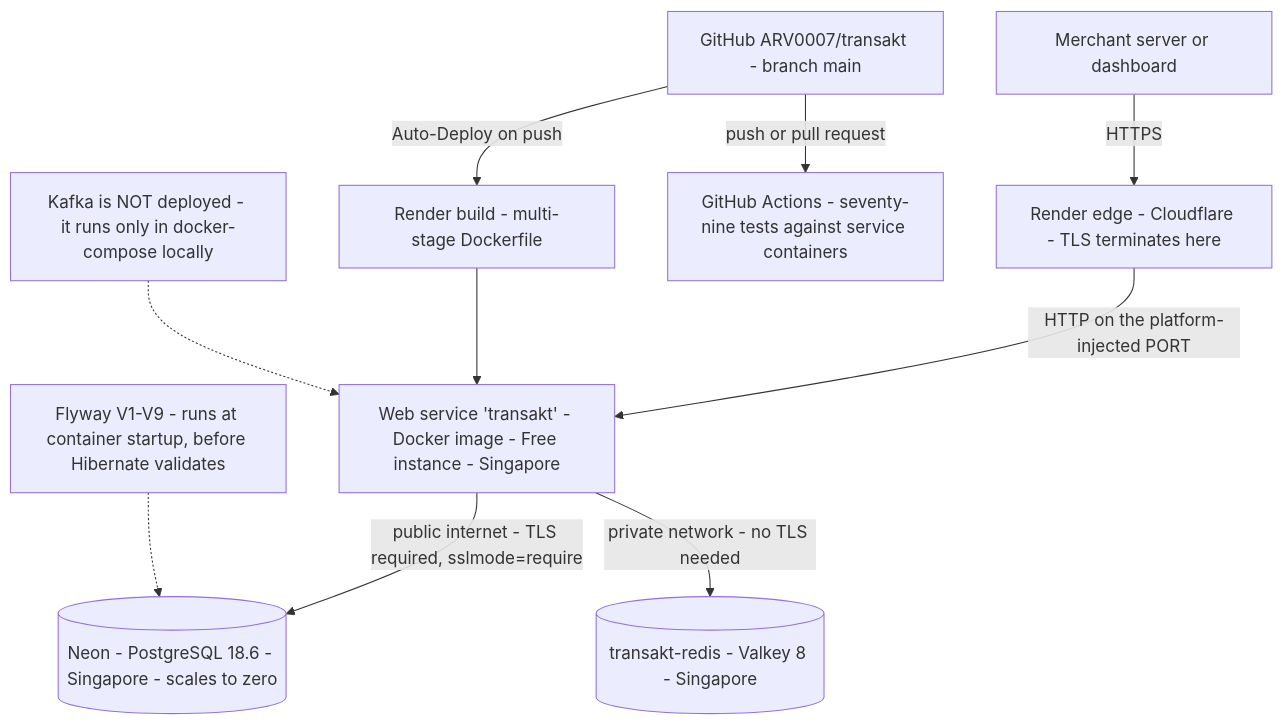
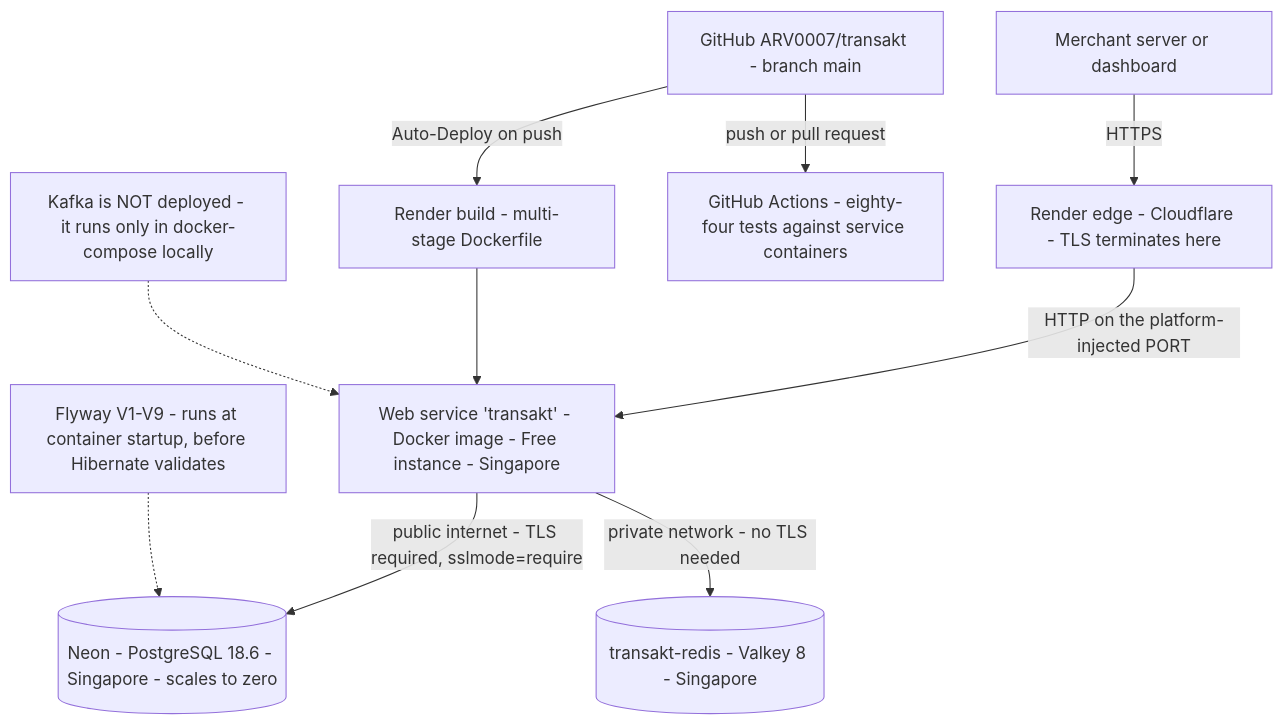
The first of 5 diagrams in docs/architecture.md (ARV0007/transakt), drawn with Mermaid before and after one commit. The commit also changed other lines of this file and 8 other files, not shown here.

````diff
--- a/docs/architecture.md
+++ b/docs/architecture.md
@@ -9,13 +9,13 @@
 ```mermaid
 flowchart TD
   client[Merchant server or dashboard]
   client -->|HTTPS| edge[Render edge - Cloudflare - TLS terminates here]
   edge -->|HTTP on the platform-injected PORT| app[Web service 'transakt' - Docker image - Free instance - Singapore]
   app -->|public internet - TLS required, sslmode=require| pg[(Neon - PostgreSQL 18.6 - Singapore - scales to zero)]
   app -->|private network - no TLS needed| kv[(transakt-redis - Valkey 8 - Singapore)]
   gh[GitHub ARV0007/transakt - branch main] -->|Auto-Deploy on push| build[Render build - multi-stage Dockerfile]
-  gh -->|push or pull request| ci[GitHub Actions - seventy-nine tests against service containers]
+  gh -->|push or pull request| ci[GitHub Actions - eighty-four tests against service containers]
   build --> app
   flyway[Flyway V1-V9 - runs at container startup, before Hibernate validates] -.-> pg
   note[Kafka is NOT deployed - it runs only in docker-compose locally] -.-> app
 ```
````
